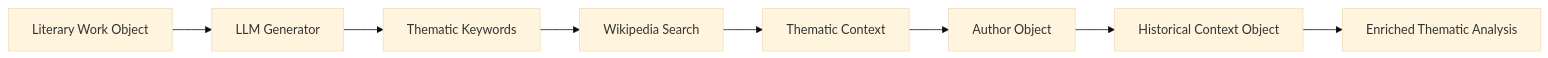
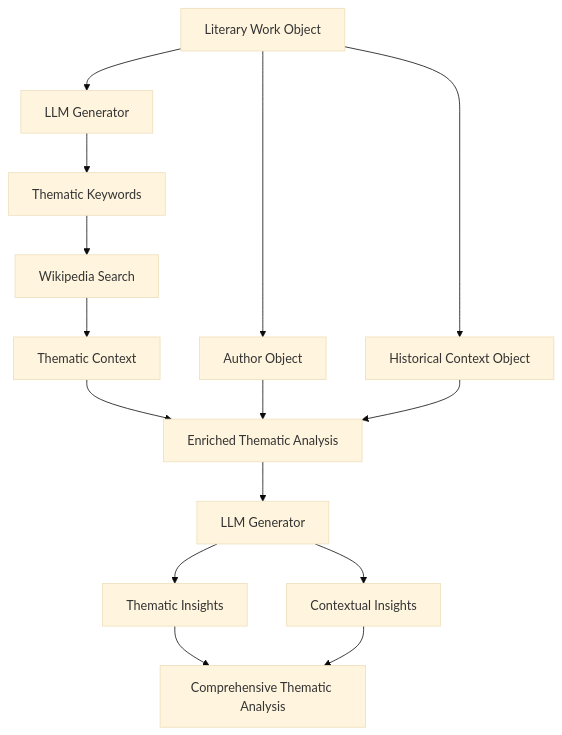
Before and after one commit to furlat/Abstractions: the tenth of 15 diagrams in abstractions/angels/angels.md, drawn with Mermaid (base theme). The commit also changed other lines of this file, not shown here.

````diff
--- a/abstractions/angels/angels.md
+++ b/abstractions/angels/angels.md
@@ -283,10 +299,17 @@
 ```mermaid
-graph LR
+graph TD
     A[Literary Work Object] --> B[LLM Generator]
     B --> C[Thematic Keywords]
     C --> D[Wikipedia Search]
     D --> E[Thematic Context]
-    E --> F[Author Object]
-    F --> G[Historical Context Object]
-    G --> H[Enriched Thematic Analysis]
+    A --> F[Author Object]
+    A --> G[Historical Context Object]
+    E --> H[Enriched Thematic Analysis]
+    F --> H
+    G --> H
+    H --> I[LLM Generator]
+    I --> J[Thematic Insights]
+    I --> K[Contextual Insights]
+    J --> L[Comprehensive Thematic Analysis]
+    K --> L
 ```
````
